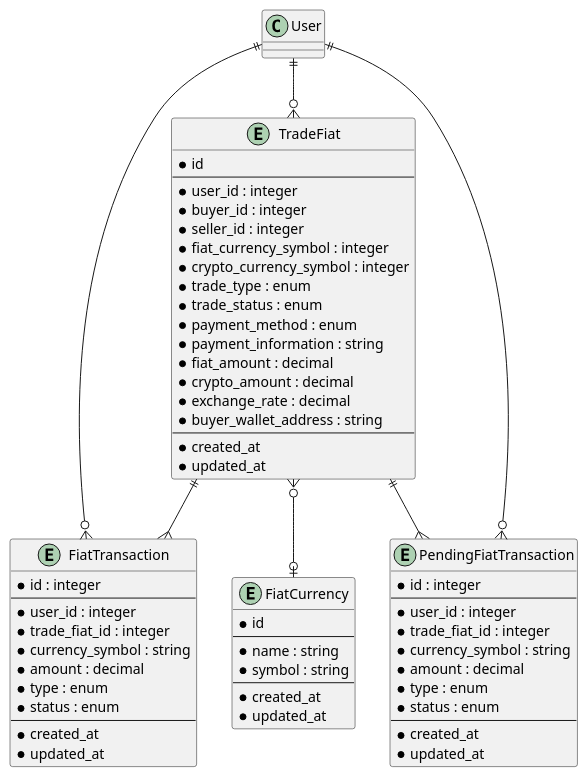
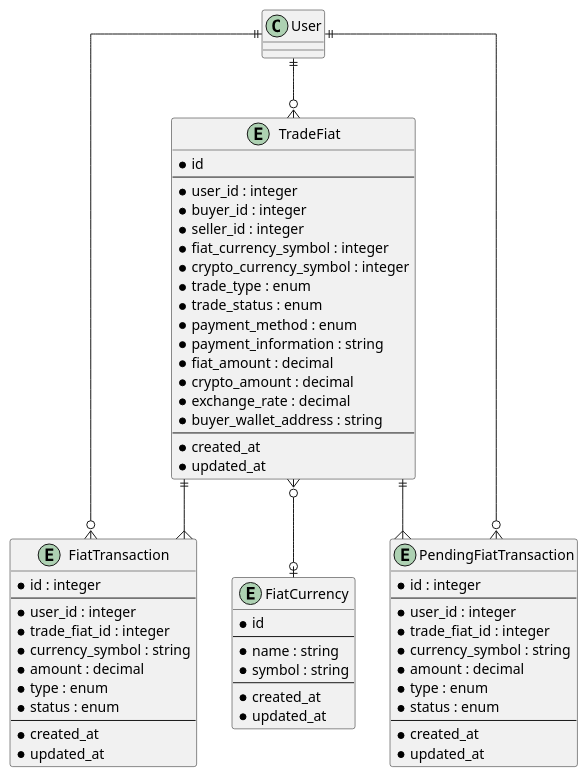
The diagram in design/diagrams/er/Users_TradeFiat.puml (xemoe/xemoe-exchange-app), drawn with PlantUML before and after one commit. The commit also changed 23 other files, not shown here.

```diff
--- a/design/diagrams/er/Users_TradeFiat.puml
+++ b/design/diagrams/er/Users_TradeFiat.puml
@@ -1,74 +1,77 @@
 @startuml
+
+' avoid problems with angled crows feet
+skinparam linetype ortho
 
 entity FiatCurrency {
     * id
     --
     * name : string
     * symbol : string
     --
     * created_at
     * updated_at
 }
 
 entity TradeFiat {
     * id
     --
     * user_id : integer
     * buyer_id : integer
     * seller_id : integer
     * fiat_currency_symbol : integer
     * crypto_currency_symbol : integer
     * trade_type : enum
     * trade_status : enum
     * payment_method : enum
     * payment_information : string
     * fiat_amount : decimal
     * crypto_amount : decimal
     * exchange_rate : decimal
     * buyer_wallet_address : string
     --
     * created_at
     * updated_at
 }
 
 entity FiatTransaction {
     * id : integer
     --
     * user_id : integer
     * trade_fiat_id : integer
     * currency_symbol : string
     * amount : decimal
     * type : enum
     * status : enum
     --
     * created_at
     * updated_at
 }
 
 entity PendingFiatTransaction {
     * id : integer
     --
     * user_id : integer
     * trade_fiat_id : integer
     * currency_symbol : string
     * amount : decimal
     * type : enum
     * status : enum
     --
     * created_at
     * updated_at
 }
 
 User ||--o{ TradeFiat
 User ||--o{ FiatTransaction
 User ||--o{ PendingFiatTransaction
 
 TradeFiat }o--o| FiatCurrency
 
 ' TradeFiat has many FiatTransaction, but FiatTransaction has only one TradeFiat
 TradeFiat ||--{ FiatTransaction
 
 ' TradeFiat has many PendingFiatTransaction, but PendingFiatTransaction has only one TradeFiat
 TradeFiat ||--{ PendingFiatTransaction
 
 @enduml
```
